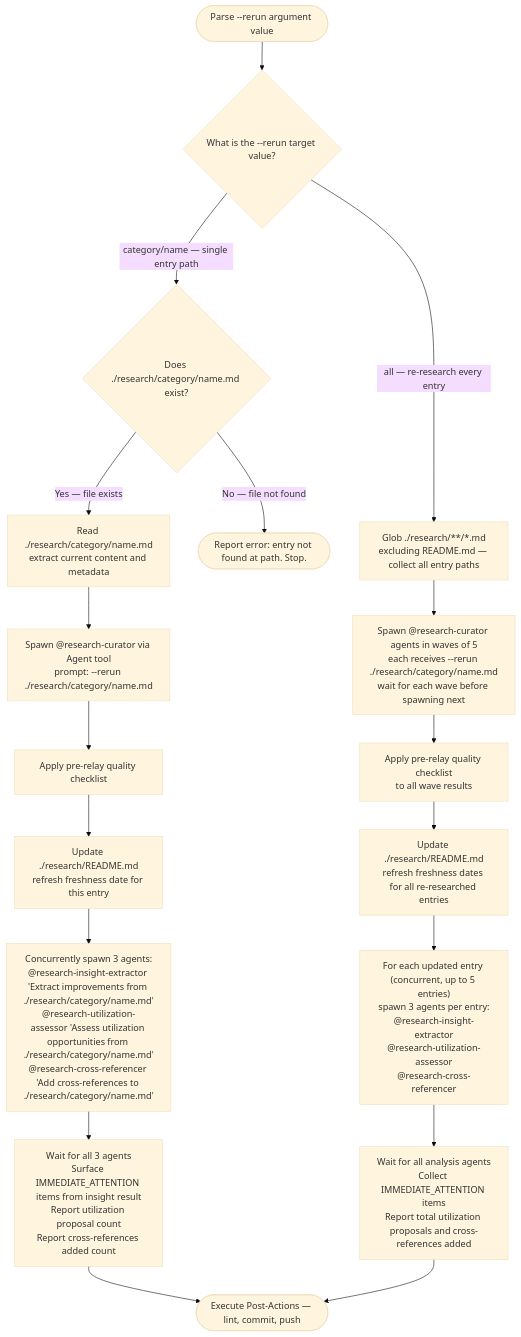
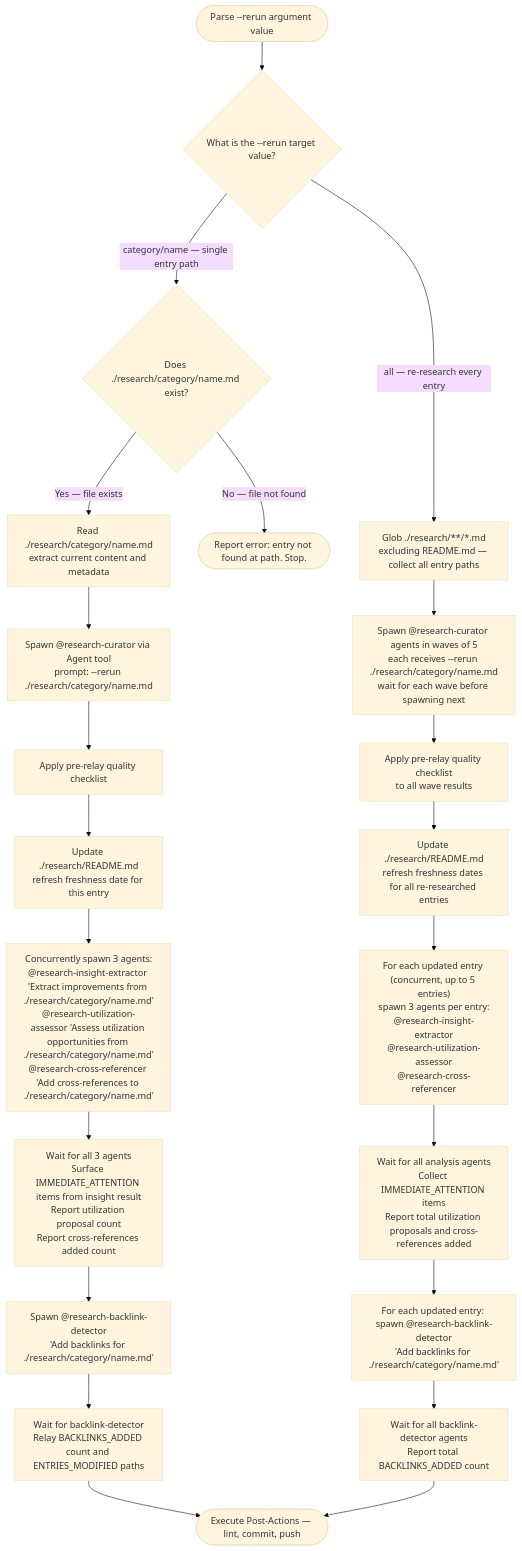
Before and after one commit to Jamie-BitFlight/claude_skills: the second of 3 diagrams in .claude/skills/research-curator/SKILL.md, drawn with Mermaid (base theme). The commit also changed other lines of this file, not shown here.

First line of the commit message:
feat(research-curator): wire research-backlink-detector as post-cross-referencer pass

````diff
--- a/.claude/skills/research-curator/SKILL.md
+++ b/.claude/skills/research-curator/SKILL.md
@@ -220,20 +232,24 @@
 ```mermaid
 flowchart TD
     Start(["Parse --rerun argument value"]) --> Q{"What is the --rerun target value?"}
     Q -->|"category/name — single entry path"| VerifyFile{"Does ./research/category/name.md exist?"}
     Q -->|"all — re-research every entry"| FindAll["Glob ./research/**/*.md<br>excluding README.md — collect all entry paths"]
     VerifyFile -->|"No — file not found"| Missing(["Report error: entry not found at path. Stop."])
     VerifyFile -->|"Yes — file exists"| ReadFile["Read ./research/category/name.md<br>extract current content and metadata"]
     ReadFile --> Spawn1["Spawn @research-curator via Agent tool<br>prompt: --rerun ./research/category/name.md"]
     Spawn1 --> RelayCheck1["Apply pre-relay quality checklist"]
     RelayCheck1 --> UpdateDate["Update ./research/README.md<br>refresh freshness date for this entry"]
     FindAll --> WaveSpawn["Spawn @research-curator agents in waves of 5<br>each receives --rerun ./research/category/name.md<br>wait for each wave before spawning next"]
     WaveSpawn --> RelayCheck2["Apply pre-relay quality checklist<br>to all wave results"]
     RelayCheck2 --> UpdateDates["Update ./research/README.md<br>refresh freshness dates for all re-researched entries"]
     UpdateDate --> SpawnAnalysis1["Concurrently spawn 3 agents:<br>@research-insight-extractor 'Extract improvements from ./research/category/name.md'<br>@research-utilization-assessor 'Assess utilization opportunities from ./research/category/name.md'<br>@research-cross-referencer 'Add cross-references to ./research/category/name.md'"]
     SpawnAnalysis1 --> WaitAnalysis1["Wait for all 3 agents<br>Surface IMMEDIATE_ATTENTION items from insight result<br>Report utilization proposal count<br>Report cross-references added count"]
-    WaitAnalysis1 --> PostActions(["Execute Post-Actions — lint, commit, push"])
+    WaitAnalysis1 --> SpawnBacklinks1["Spawn @research-backlink-detector<br>'Add backlinks for ./research/category/name.md'"]
+    SpawnBacklinks1 --> WaitBacklinks1["Wait for backlink-detector<br>Relay BACKLINKS_ADDED count and ENTRIES_MODIFIED paths"]
+    WaitBacklinks1 --> PostActions(["Execute Post-Actions — lint, commit, push"])
     UpdateDates --> SpawnAnalysisN["For each updated entry (concurrent, up to 5 entries)<br>spawn 3 agents per entry:<br>@research-insight-extractor<br>@research-utilization-assessor<br>@research-cross-referencer"]
     SpawnAnalysisN --> WaitAnalysisN["Wait for all analysis agents<br>Collect IMMEDIATE_ATTENTION items<br>Report total utilization proposals and cross-references added"]
-    WaitAnalysisN --> PostActions
+    WaitAnalysisN --> SpawnBacklinksN["For each updated entry: spawn @research-backlink-detector<br>'Add backlinks for ./research/category/name.md'"]
+    SpawnBacklinksN --> WaitBacklinksN["Wait for all backlink-detector agents<br>Report total BACKLINKS_ADDED count"]
+    WaitBacklinksN --> PostActions
 ```
````
